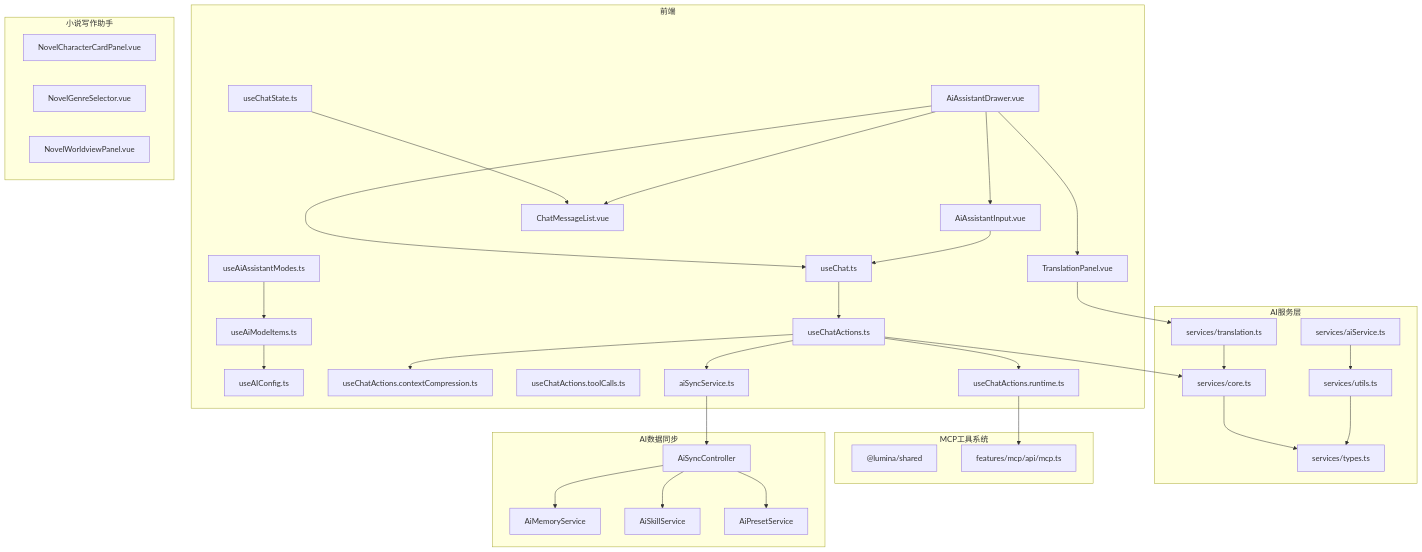
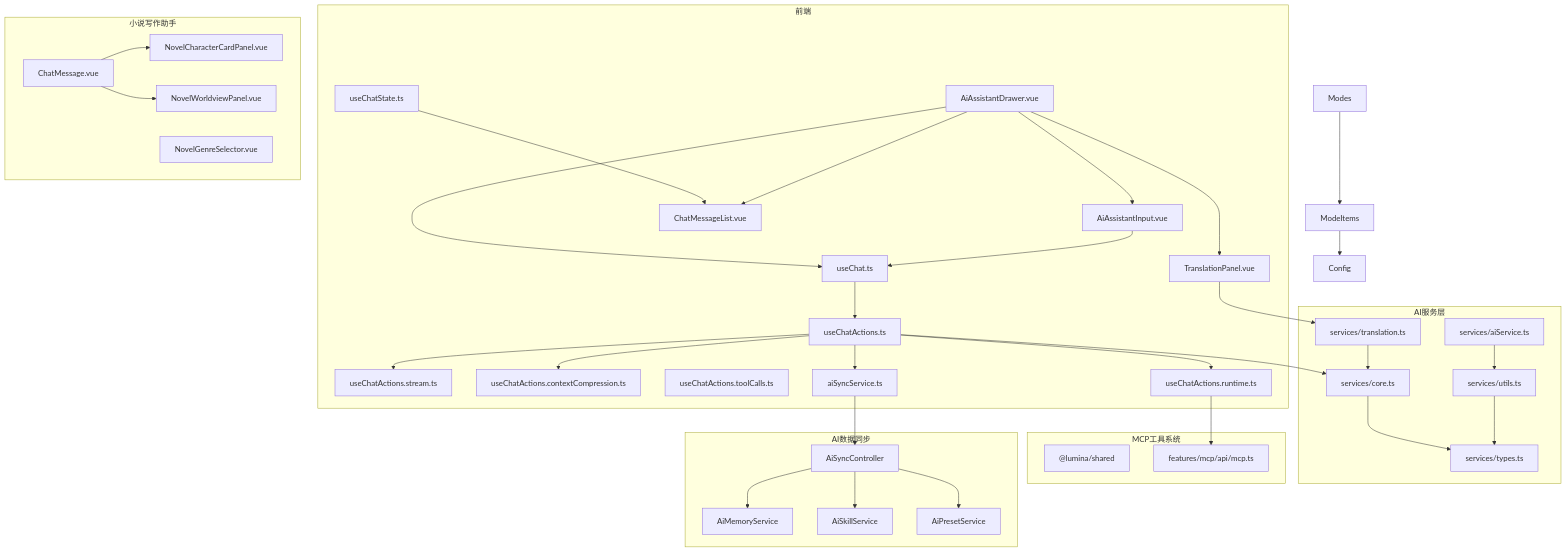
The first of 16 diagrams in .qoder/repowiki/zh/content/核心模块/AI助手系统/AI助手系统.md (xixixiaoyu/Todo), drawn with Mermaid before and after one commit. The commit also changed other lines of this file and 3 other files, not shown here.

````diff
--- a/.qoder/repowiki/zh/content/核心模块/AI助手系统/AI助手系统.md
+++ b/.qoder/repowiki/zh/content/核心模块/AI助手系统/AI助手系统.md
@@ -74,64 +79,66 @@
 ```mermaid
 graph TB
 subgraph "前端"
 Drawer["AiAssistantDrawer.vue"]
 Input["AiAssistantInput.vue"]
 MsgList["ChatMessageList.vue"]
 Translation["TranslationPanel.vue"]
 ChatState["useChatState.ts"]
 Chat["useChat.ts"]
 Actions["useChatActions.ts"]
-Config["useAIConfig.ts"]
-Modes["useAiAssistantModes.ts"]
-ModeItems["useAiModeItems.ts"]
-CtxComp["useChatActions.contextCompression.ts"]
+Stream["useChatActions.stream.ts"]
+ActionsCtx["useChatActions.contextCompression.ts"]
 Tools["useChatActions.toolCalls.ts"]
 Runtime["useChatActions.runtime.ts"]
 Sync["aiSyncService.ts"]
 end
 subgraph "AI服务层"
 Core["services/core.ts"]
 Types["services/types.ts"]
 Utils["services/utils.ts"]
 Entry["services/aiService.ts"]
 TranslationSvc["services/translation.ts"]
 end
 subgraph "MCP工具系统"
 MCPPkg["@lumina/shared"]
 MCPAPI["features/mcp/api/mcp.ts"]
 end
 subgraph "AI数据同步"
 SyncCtrl["AiSyncController"]
 SyncMem["AiMemoryService"]
 SyncSkill["AiSkillService"]
 SyncPreset["AiPresetService"]
 end
 subgraph "小说写作助手"
 CharPanel["NovelCharacterCardPanel.vue"]
 GenreSelector["NovelGenreSelector.vue"]
 WorldviewPanel["NovelWorldviewPanel.vue"]
+MsgComponent["ChatMessage.vue"]
 end
 Drawer --> Chat
 Chat --> Actions
+Actions --> Stream
 Actions --> Core
-Actions --> CtxComp
+Actions --> ActionsCtx
 Actions --> Runtime
 Actions --> Sync
 Runtime --> MCPAPI
 Core --> Types
 Utils --> Types
 Entry --> Utils
 ChatState --> MsgList
 Input --> Chat
 Drawer --> Input
 Drawer --> MsgList
 Drawer --> Translation
 Translation --> TranslationSvc
 TranslationSvc --> Core
 Modes --> ModeItems
 ModeItems --> Config
 Sync --> SyncCtrl
 SyncCtrl --> SyncMem
 SyncCtrl --> SyncSkill
 SyncCtrl --> SyncPreset
+MsgComponent --> CharPanel
+MsgComponent --> WorldviewPanel
 ```
````
